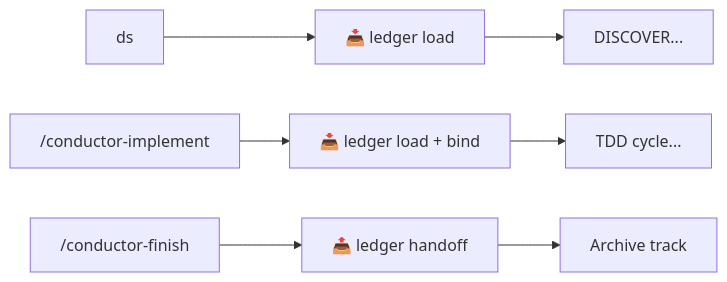
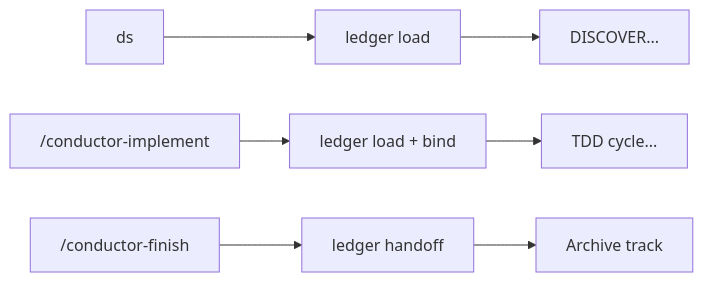
The diagram in conductor/archive/auto-continuity/design.md (ReinaMacCredy/maestro), drawn with Mermaid before and after one commit. The commit also changed 8 other files, not shown here.

````diff
--- a/conductor/archive/auto-continuity/design.md
+++ b/conductor/archive/auto-continuity/design.md
@@ -99,11 +99,11 @@
 ```mermaid
 flowchart LR
-    DS["ds"] --> DS_LOAD["📥 ledger load"]
+    DS["ds"] --> DS_LOAD["ledger load"]
     DS_LOAD --> DESIGN["DISCOVER..."]
     
-    IMPL["/conductor-implement"] --> IMPL_LOAD["📥 ledger load + bind"]
+    IMPL["/conductor-implement"] --> IMPL_LOAD["ledger load + bind"]
     IMPL_LOAD --> EXEC["TDD cycle..."]
     
-    FINISH["/conductor-finish"] --> FINISH_HAND["📤 ledger handoff"]
+    FINISH["/conductor-finish"] --> FINISH_HAND["ledger handoff"]
     FINISH_HAND --> ARCHIVE["Archive track"]
 ```
````
